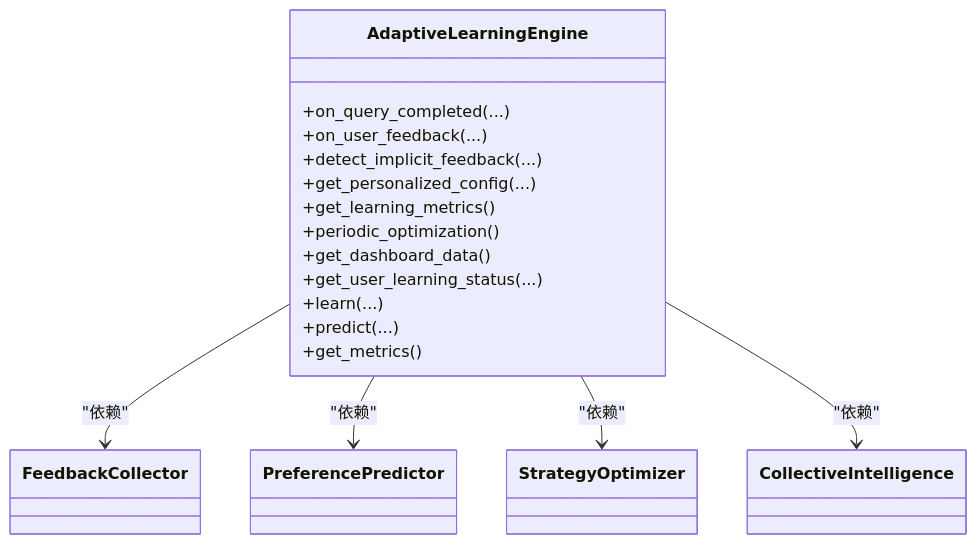
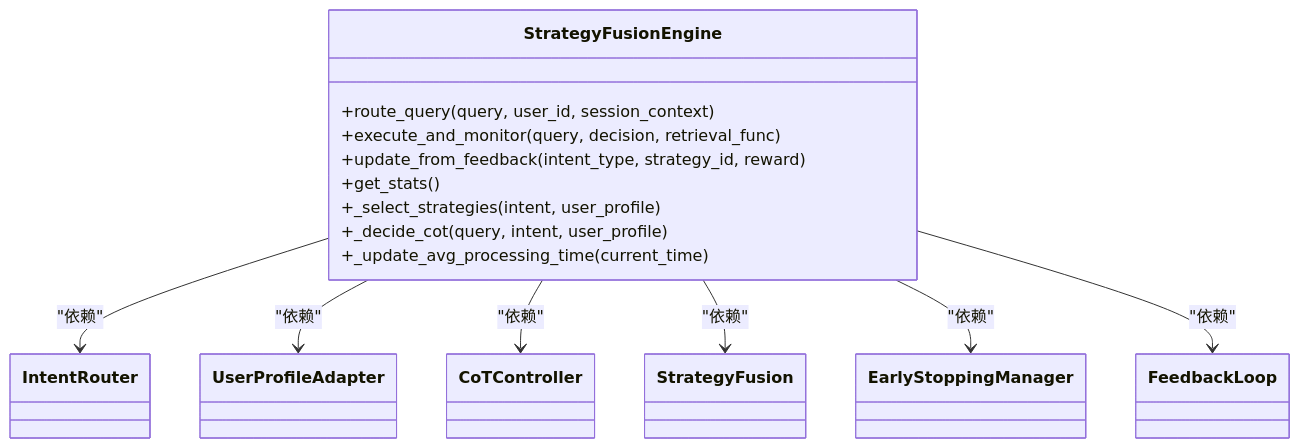
The third of 11 diagrams in .qoder/repowiki/zh/content/自适应学习系统/自适应学习系统.md (JieGaoPrinceton/NecoRAG), drawn with Mermaid before and after one commit. The commit also changed other lines of this file and 82 other files, not shown here.

````diff
--- a/.qoder/repowiki/zh/content/自适应学习系统/自适应学习系统.md
+++ b/.qoder/repowiki/zh/content/自适应学习系统/自适应学习系统.md
@@ -138,24 +143,24 @@
 ```mermaid
 classDiagram
-class AdaptiveLearningEngine {
-+on_query_completed(...)
-+on_user_feedback(...)
-+detect_implicit_feedback(...)
-+get_personalized_config(...)
-+get_learning_metrics()
-+periodic_optimization()
-+get_dashboard_data()
-+get_user_learning_status(...)
-+learn(...)
-+predict(...)
-+get_metrics()
+class StrategyFusionEngine {
++route_query(query, user_id, session_context)
++execute_and_monitor(query, decision, retrieval_func)
++update_from_feedback(intent_type, strategy_id, reward)
++get_stats()
++_select_strategies(intent, user_profile)
++_decide_cot(query, intent, user_profile)
++_update_avg_processing_time(current_time)
 }
-class FeedbackCollector
-class PreferencePredictor
-class StrategyOptimizer
-class CollectiveIntelligence
-AdaptiveLearningEngine --> FeedbackCollector : "依赖"
-AdaptiveLearningEngine --> PreferencePredictor : "依赖"
-AdaptiveLearningEngine --> StrategyOptimizer : "依赖"
-AdaptiveLearningEngine --> CollectiveIntelligence : "依赖"
+class IntentRouter
+class UserProfileAdapter
+class CoTController
+class StrategyFusion
+class EarlyStoppingManager
+class FeedbackLoop
+StrategyFusionEngine --> IntentRouter : "依赖"
+StrategyFusionEngine --> UserProfileAdapter : "依赖"
+StrategyFusionEngine --> CoTController : "依赖"
+StrategyFusionEngine --> StrategyFusion : "依赖"
+StrategyFusionEngine --> EarlyStoppingManager : "依赖"
+StrategyFusionEngine --> FeedbackLoop : "依赖"
 ```
````
